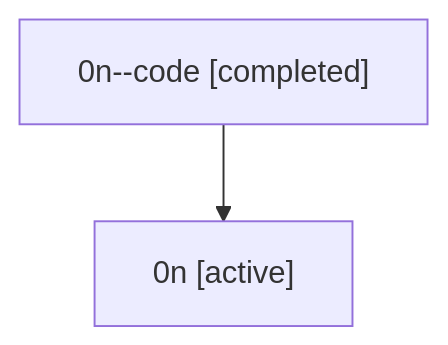
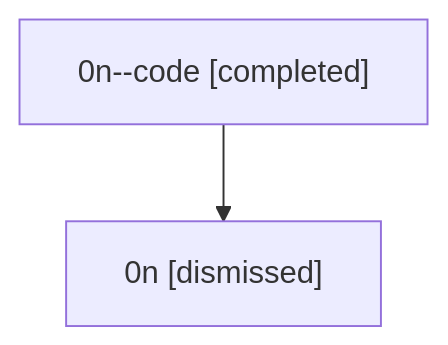
The diagram in sessions/bbugyi200.athena.0n.md (sase-org/sase--agents), drawn with Mermaid before and after one commit. The commit also changed other lines of this file and 30 other files, not shown here.

````diff
--- a/sessions/bbugyi200.athena.0n.md
+++ b/sessions/bbugyi200.athena.0n.md
@@ -9,6 +9,6 @@
 ```mermaid
 flowchart TD
   n0["0n--code [completed]"]
-  n1["0n [active]"]
+  n1["0n [dismissed]"]
   n0 --> n1
 ```
````
